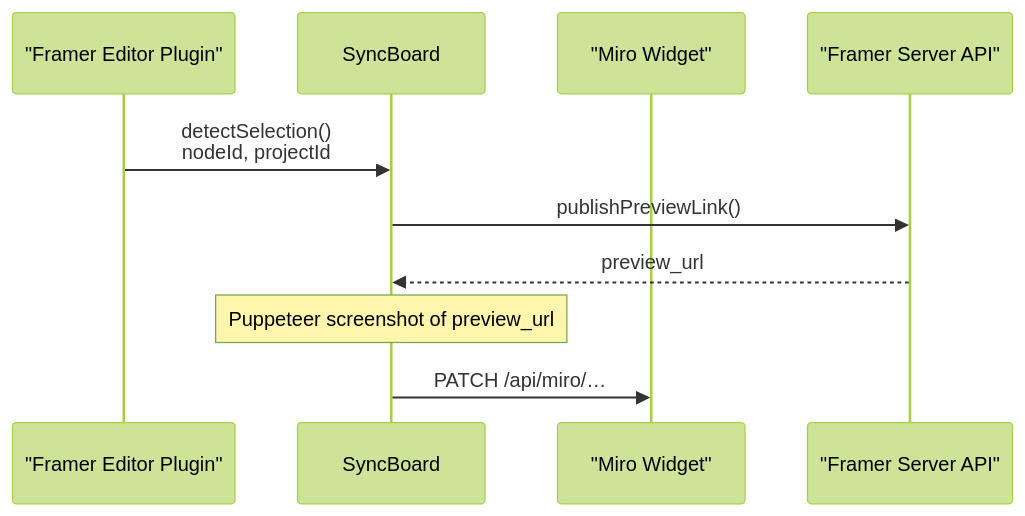
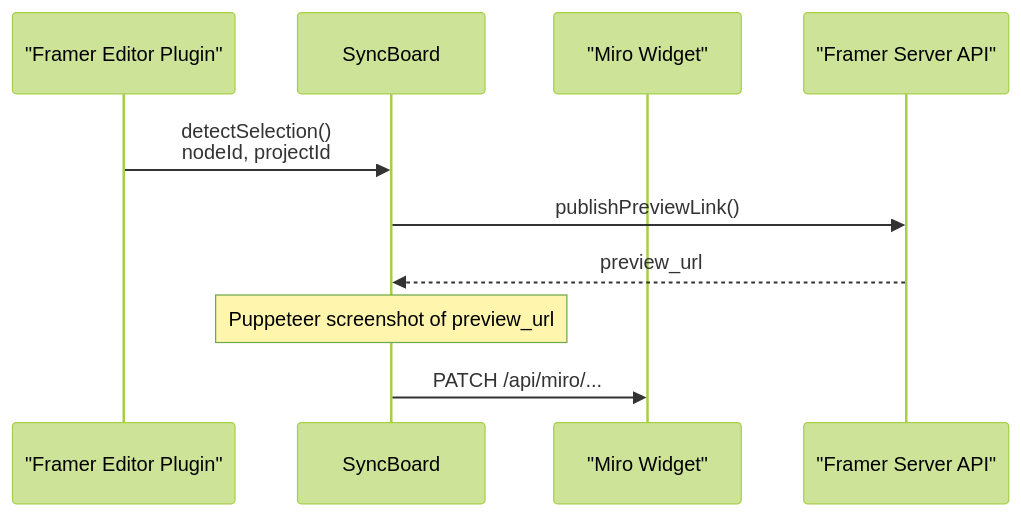
The third of 13 diagrams in doc/architecture.md (luismichio/syncboard), drawn with Mermaid (forest theme) before and after one commit. The commit also changed other lines of this file and 3 other files, not shown here.

````diff
--- a/doc/architecture.md
+++ b/doc/architecture.md
@@ -213,13 +210,13 @@
 ```mermaid
 sequenceDiagram
-    participant Plugin as "Framer Editor Plugin"
-    participant SyncBoard
-    participant Miro as "Miro Widget"
-    participant Framer as "Framer Server API"
+ participant Plugin as "Framer Editor Plugin"
+ participant SyncBoard
+ participant Miro as "Miro Widget"
+ participant Framer as "Framer Server API"
 
-    Plugin->>SyncBoard: detectSelection()<br/>nodeId, projectId
-    SyncBoard->>Framer: publishPreviewLink()
-    Framer-->>SyncBoard: preview_url
-    Note over SyncBoard: Puppeteer screenshot of preview_url
-    SyncBoard->>Miro: PATCH /api/miro/…
+ Plugin->>SyncBoard: detectSelection()<br/>nodeId, projectId
+ SyncBoard->>Framer: publishPreviewLink()
+ Framer-->>SyncBoard: preview_url
+ Note over SyncBoard: Puppeteer screenshot of preview_url
+ SyncBoard->>Miro: PATCH /api/miro/...
 ```
````
